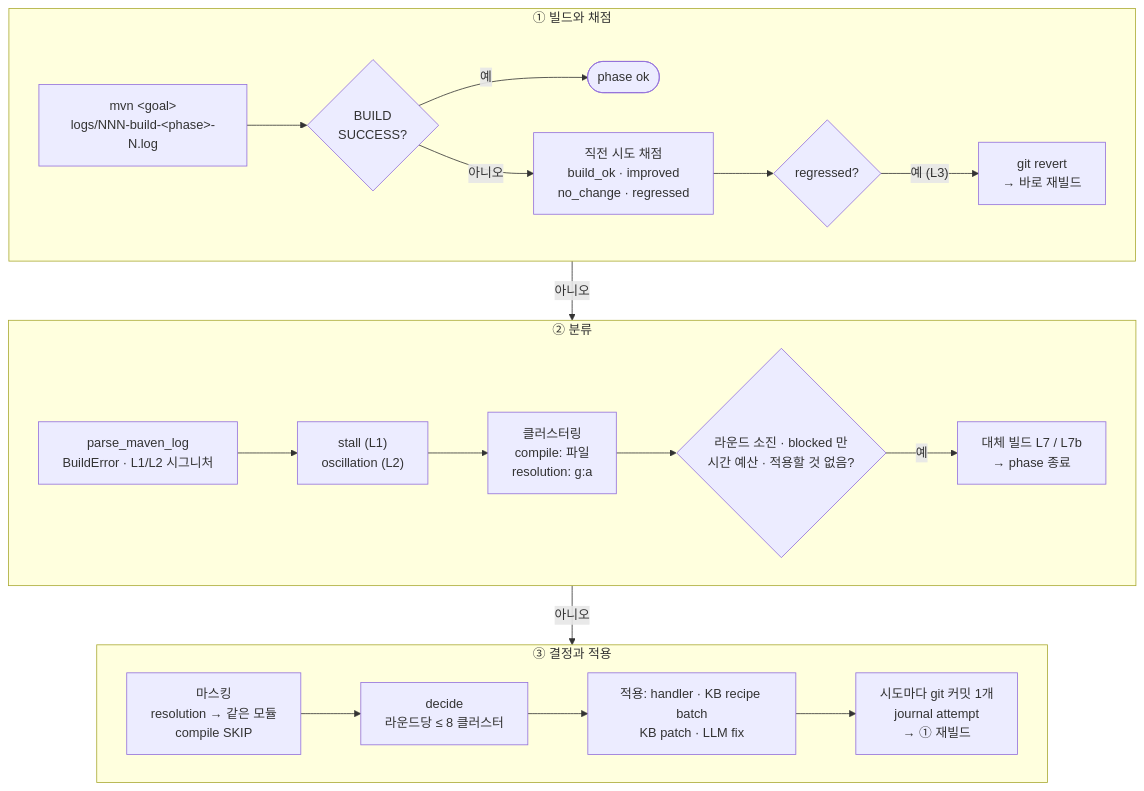
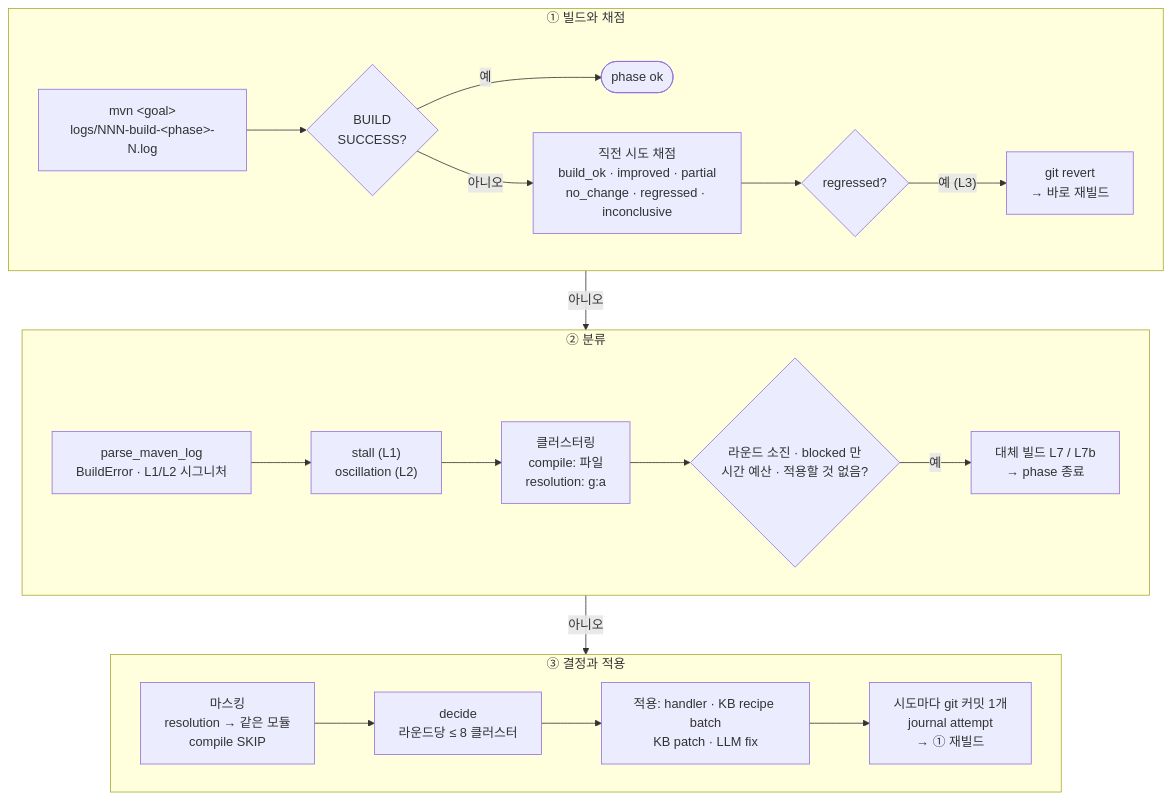
The diagram in docs/migration-agent/diagrams/fix-loop.mmd (acandiatale/tutu), drawn with Mermaid before and after one commit. The commit also changed 193 other files, not shown here.

```diff
--- a/docs/migration-agent/diagrams/fix-loop.mmd
+++ b/docs/migration-agent/diagrams/fix-loop.mmd
@@ -1,20 +1,20 @@
 flowchart TB
   subgraph a["① 빌드와 채점"]
     direction LR
     B["mvn &lt;goal&gt;<br/>logs/NNN-build-&lt;phase&gt;-N.log"] --> OK{"BUILD<br/>SUCCESS?"}
     OK -->|예| DONE(["phase ok"])
-    OK -->|아니오| SC["직전 시도 채점<br/>build_ok · improved<br/>no_change · regressed"]
+    OK -->|아니오| SC["직전 시도 채점<br/>build_ok · improved · partial<br/>no_change · regressed · inconclusive"]
     SC --> RV{"regressed?"}
     RV -->|"예 (L3)"| REV["git revert<br/>→ 바로 재빌드"]
   end
   subgraph b["② 분류"]
     direction LR
     P["parse_maven_log<br/>BuildError · L1/L2 시그니처"] --> ST["stall (L1)<br/>oscillation (L2)"] --> C["클러스터링<br/>compile: 파일<br/>resolution: g:a"] --> END{"라운드 소진 · blocked 만<br/>시간 예산 · 적용할 것 없음?"}
     END -->|예| FB["대체 빌드 L7 / L7b<br/>→ phase 종료"]
   end
   subgraph c["③ 결정과 적용"]
     direction LR
     MASK["마스킹<br/>resolution → 같은 모듈<br/>compile SKIP"] --> D["decide<br/>라운드당 ≤ 8 클러스터"] --> AP["적용: handler · KB recipe batch<br/>KB patch · LLM fix"] --> CM["시도마다 git 커밋 1개<br/>journal attempt<br/>→ ① 재빌드"]
   end
   a -->|"아니오"| b
   b -->|아니오| c
```
